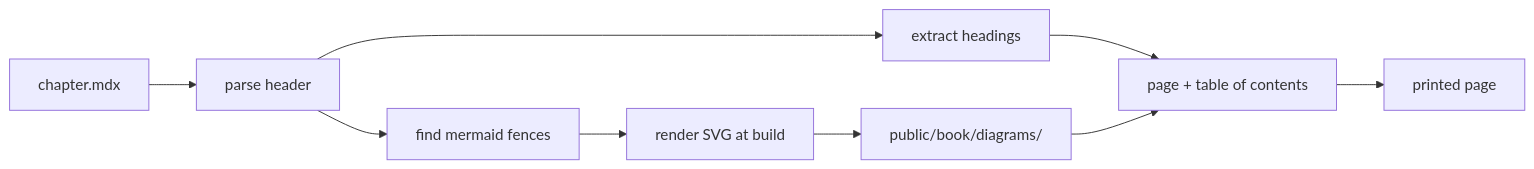
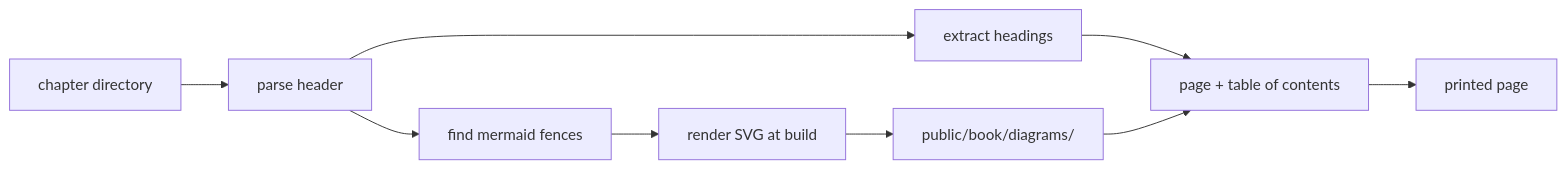
One commit to digithings-ai/digithings changed the diagram in apps/digithings-web/content/book/02-how-the-book-is-built/01-the-pipeline.mdx. Above: the diagram before and after it, drawn with Mermaid. The commit also changed 1 other file, not shown here.

Commit message:
docs(digibook): sync build chapter with directory layout
The 02-how-the-book-is-built opener still described the pre-DIG-2821
single-file layout. Update it and the pipeline diagram to the chapter
directory layout the loader serves. Behaviour unchanged.

````diff
--- a/apps/digithings-web/content/book/02-how-the-book-is-built/01-the-pipeline.mdx
+++ b/apps/digithings-web/content/book/02-how-the-book-is-built/01-the-pipeline.mdx
@@ -8,11 +8,11 @@
 ```mermaid
 graph LR
-  A[chapter.mdx] --> B[parse header]
+  A[chapter directory] --> B[parse header]
   B --> C[extract headings]
   B --> D[find mermaid fences]
   D --> E[render SVG at build]
   E --> F[public/book/diagrams/]
   C --> G[page + table of contents]
   F --> G
   G --> H[printed page]
 ```
````
